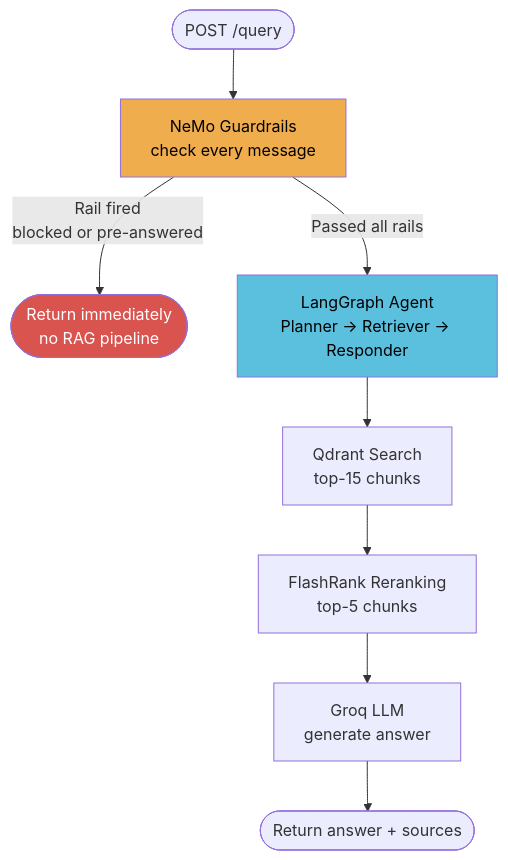
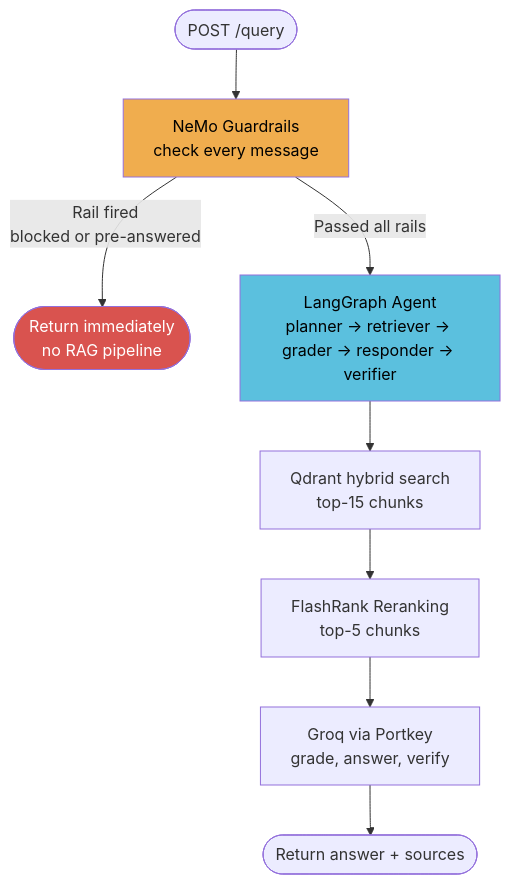
The seventh of 7 diagrams in DOCS/08_GUARDRAILS.md (anilgehlotn/enterprise-agentic-rag), drawn with Mermaid before and after one commit. The commit also changed other lines of this file and 23 other files, not shown here.

First line of the commit message:
docs: refresh README, architecture and guides to match the current system

````diff
--- a/DOCS/08_GUARDRAILS.md
+++ b/DOCS/08_GUARDRAILS.md
@@ -294,14 +294,14 @@
 ```mermaid
 flowchart TD
     A([POST /query]) --> B[NeMo Guardrails\ncheck every message]
     B -- Rail fired\nblocked or pre-answered --> C([Return immediately\nno RAG pipeline])
-    B -- Passed all rails --> D[LangGraph Agent\nPlanner → Retriever → Responder]
-    D --> E[Qdrant Search\ntop-15 chunks]
+    B -- Passed all rails --> D[LangGraph Agent\nplanner → retriever → grader → responder → verifier]
+    D --> E[Qdrant hybrid search\ntop-15 chunks]
     E --> F[FlashRank Reranking\ntop-5 chunks]
-    F --> G[Groq LLM\ngenerate answer]
+    F --> G[Groq via Portkey\ngrade, answer, verify]
     G --> H([Return answer + sources])
 
     style B fill:#f0ad4e,color:#000
     style C fill:#d9534f,color:#fff
     style D fill:#5bc0de,color:#000
 ```
````
